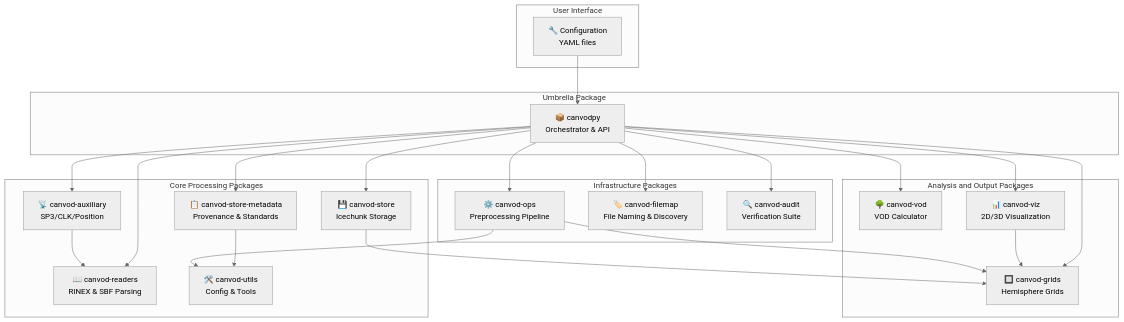
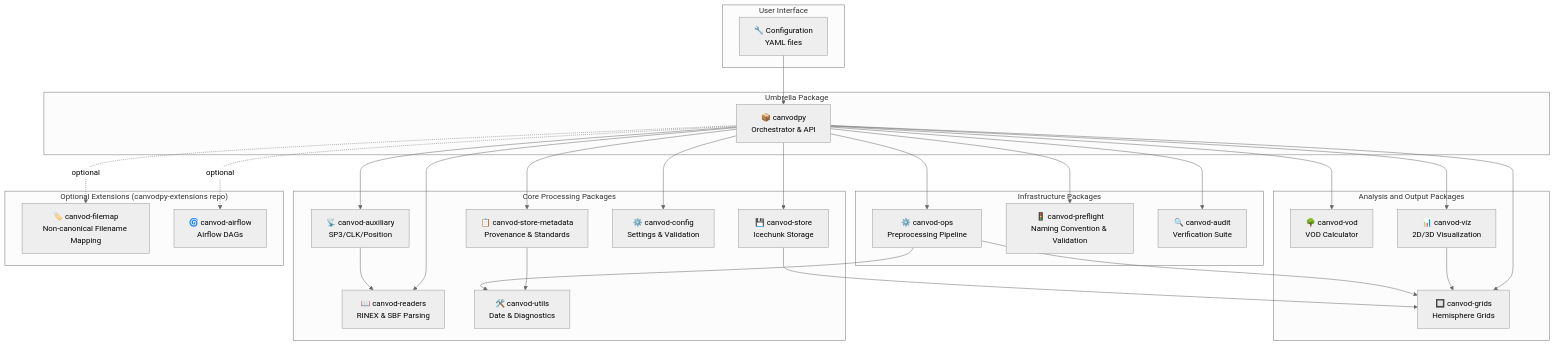
One commit to nfb2021/canvodpy changed the first of 3 diagrams in README.md. Above: the diagram before and after it, drawn with Mermaid (neutral theme). The commit also changed other lines of this file and 6 other files, not shown here.

First line of the commit message:
docs: complete package-list sweep for canvod-config and canvod-airflow

````diff
--- a/README.md
+++ b/README.md
@@ -47,49 +47,58 @@
 ```mermaid
 graph TB
     subgraph UI[User Interface]
         Config["🔧 Configuration<br/>YAML files"]
     end
 
     subgraph Umbrella[Umbrella Package]
         Canvodpy["📦 canvodpy<br/>Orchestrator & API"]
     end
 
     subgraph CorePkg[Core Processing Packages]
         Readers["📖 canvod-readers<br/>RINEX & SBF Parsing"]
         Aux["📡 canvod-auxiliary<br/>SP3/CLK/Position"]
         Store["💾 canvod-store<br/>Icechunk Storage"]
         StoreMeta["📋 canvod-store-metadata<br/>Provenance & Standards"]
-        Utils["🛠️ canvod-utils<br/>Config & Tools"]
+        CanvodConfig["⚙️ canvod-config<br/>Settings & Validation"]
+        Utils["🛠️ canvod-utils<br/>Date & Diagnostics"]
     end
 
     subgraph AnalysisPkg[Analysis and Output Packages]
         VOD["🌳 canvod-vod<br/>VOD Calculator"]
         Grids["🔲 canvod-grids<br/>Hemisphere Grids"]
         Viz["📊 canvod-viz<br/>2D/3D Visualization"]
     end
 
     subgraph InfraPkg[Infrastructure Packages]
         Ops["⚙️ canvod-ops<br/>Preprocessing Pipeline"]
-        Naming["🏷️ canvod-filemap<br/>File Naming & Discovery"]
+        Preflight["🚦 canvod-preflight<br/>Naming Convention & Validation"]
         Audit["🔍 canvod-audit<br/>Verification Suite"]
+    end
+
+    subgraph ExtPkg["Optional Extensions (canvodpy-extensions repo)"]
+        Filemap["🏷️ canvod-filemap<br/>Non-canonical Filename Mapping"]
+        Airflow["🌀 canvod-airflow<br/>Airflow DAGs"]
     end
 
     Config --> Canvodpy
     Canvodpy --> Readers
     Canvodpy --> Aux
     Canvodpy --> Store
     Canvodpy --> StoreMeta
+    Canvodpy --> CanvodConfig
     Canvodpy --> VOD
     Canvodpy --> Grids
     Canvodpy --> Viz
     Canvodpy --> Ops
-    Canvodpy --> Naming
+    Canvodpy --> Preflight
     Canvodpy --> Audit
+    Canvodpy -.optional.-> Filemap
+    Canvodpy -.optional.-> Airflow
 
     Aux --> Readers
     Store --> Grids
     StoreMeta --> Utils
     Viz --> Grids
     Ops --> Grids
     Ops --> Utils
 ```
````
